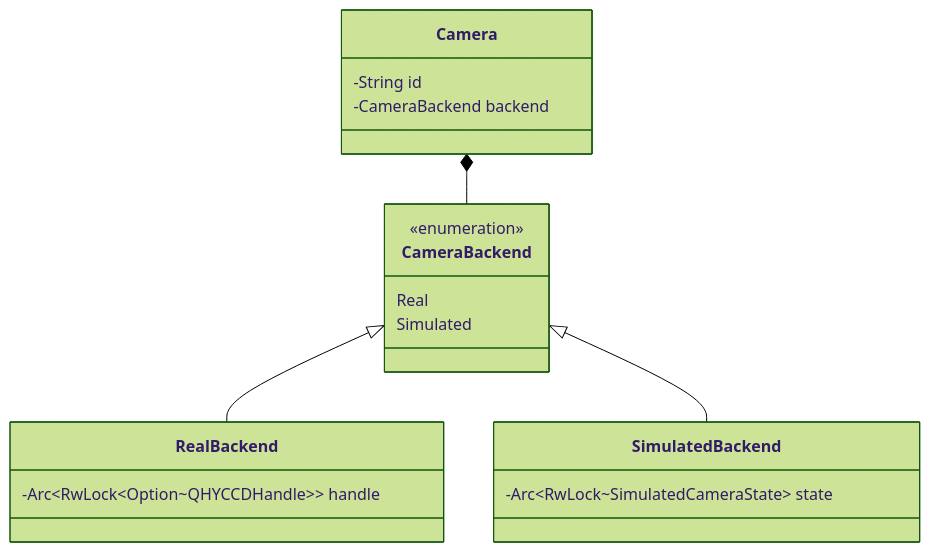
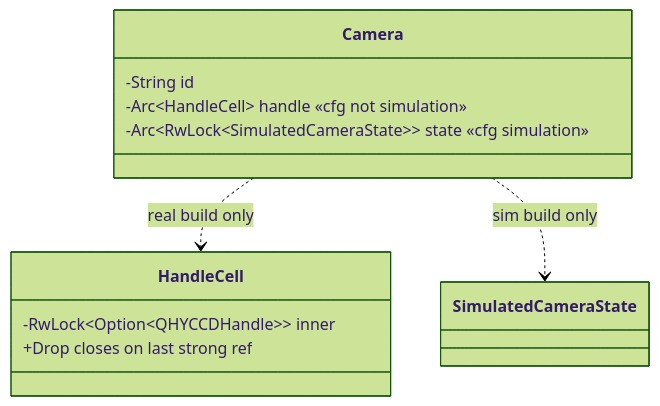
The fifth of 19 diagrams in crates/qhyccd-rs/docs/qhyccd-rs.md (ivonnyssen/rusty-photon), drawn with Mermaid (forest theme) before and after one commit. The commit also changed other lines of this file and 30 other files, not shown here.

````diff
--- a/crates/qhyccd-rs/docs/qhyccd-rs.md
+++ b/crates/qhyccd-rs/docs/qhyccd-rs.md
@@ -180,25 +181,16 @@
 ```mermaid
 classDiagram
     class Camera {
         -String id
-        -CameraBackend backend
+        -Arc~HandleCell~ handle «cfg not simulation»
+        -Arc~RwLock~SimulatedCameraState~~ state «cfg simulation»
     }
 
-    class CameraBackend {
-        <<enumeration>>
-        Real
-        Simulated
+    class HandleCell {
+        -RwLock~Option~QHYCCDHandle~~ inner
+        +Drop closes on last strong ref
     }
 
-    class RealBackend {
-        -Arc~RwLock~Option~QHYCCDHandle~~ handle
-    }
-
-    class SimulatedBackend {
-        -Arc~RwLock~SimulatedCameraState~ state
-    }
-
-    Camera *-- CameraBackend
-    CameraBackend <|-- RealBackend
-    CameraBackend <|-- SimulatedBackend
+    Camera ..> HandleCell : real build only
+    Camera ..> SimulatedCameraState : sim build only
 ```
````
